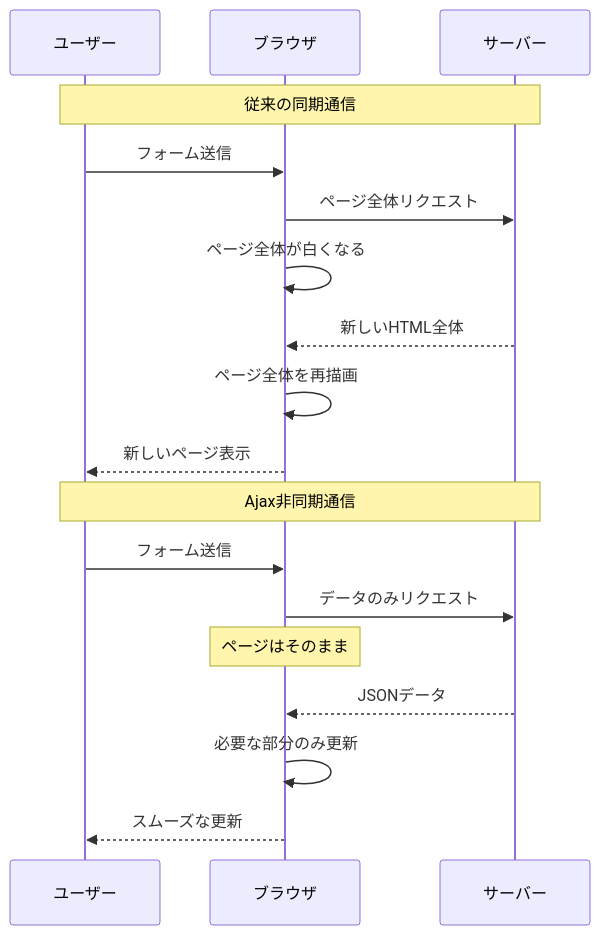
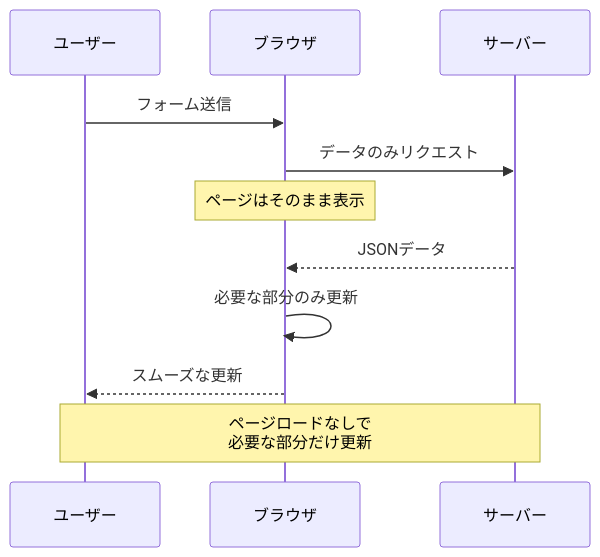
Before and after one commit to Monzi-takuya/web-fundamentals-for-non-engineers: the fifth of 5 diagrams in docs/03_Web構成要素/03_推奨_JavaScript：インタラクションと動的機能.md, drawn with Mermaid. The commit also changed other lines of this file and 4 other files, not shown here.

````diff
--- a/docs/03_Web構成要素/03_推奨_JavaScript：インタラクションと動的機能.md
+++ b/docs/03_Web構成要素/03_推奨_JavaScript：インタラクションと動的機能.md
@@ -301,22 +440,15 @@
 ```mermaid
 sequenceDiagram
     participant U as ユーザー
     participant B as ブラウザ
     participant S as サーバー
     
-    Note over U,S: 従来の同期通信
-    U->>B: フォーム送信
-    B->>S: ページ全体リクエスト
-    B->>B: ページ全体が白くなる
-    S-->>B: 新しいHTML全体
-    B->>B: ページ全体を再描画
-    B-->>U: 新しいページ表示
-    
-    Note over U,S: Ajax非同期通信
     U->>B: フォーム送信
     B->>S: データのみリクエスト
-    Note over B: ページはそのまま
+    Note over B: ページはそのまま表示
     S-->>B: JSONデータ
     B->>B: 必要な部分のみ更新
     B-->>U: スムーズな更新
+    
+    Note over U,S: ページロードなしで<br/>必要な部分だけ更新
 ```
````
